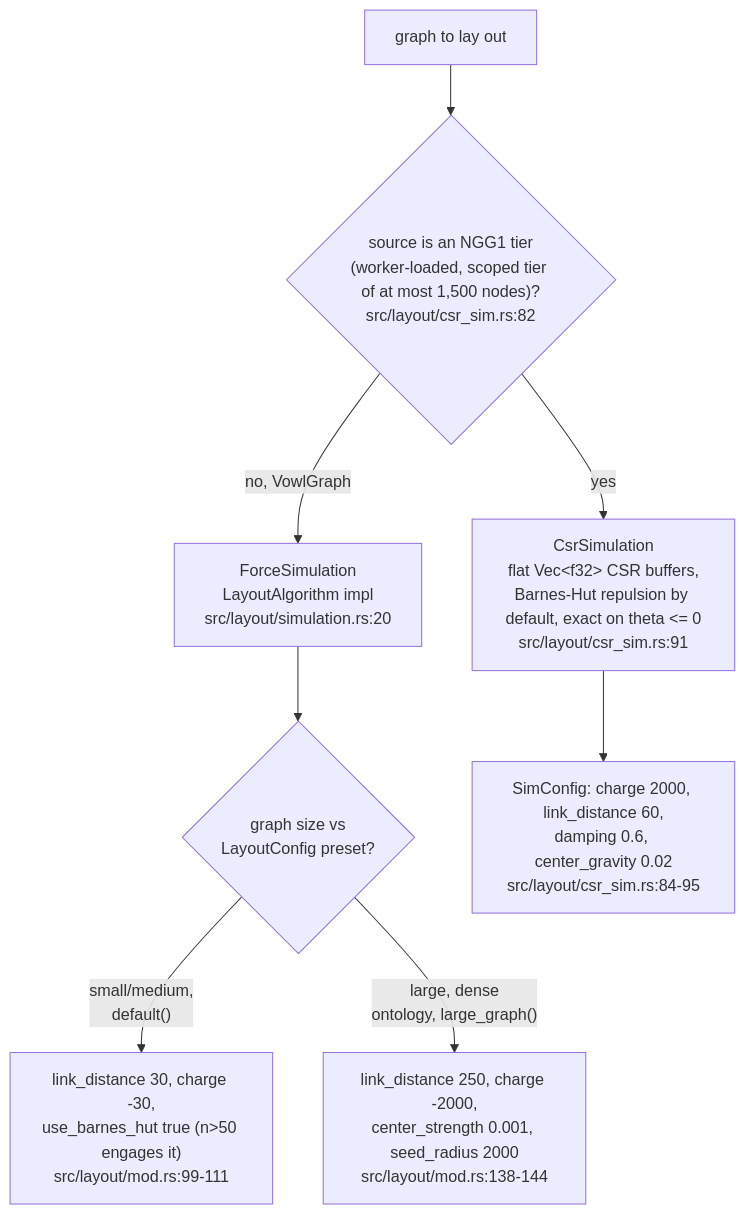
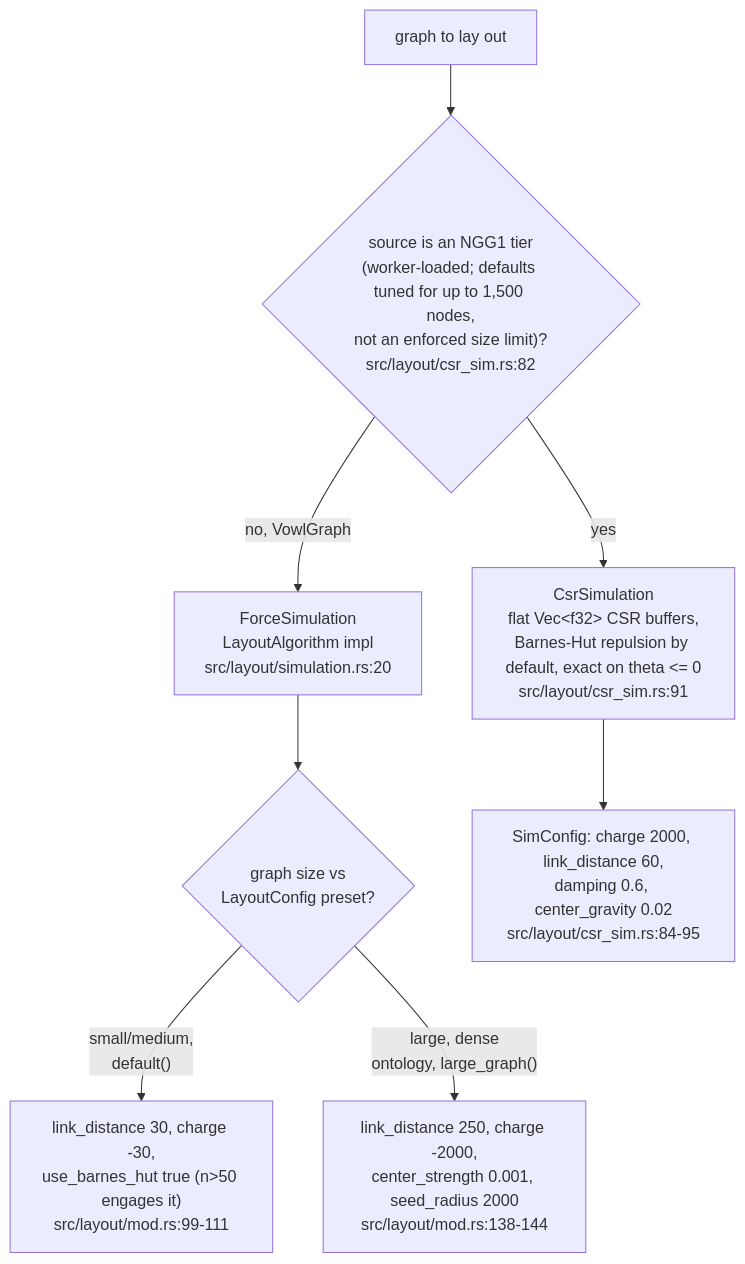
One commit to DreamLab-AI/VisionFlow changed the ninth of 9 diagrams in docs/diagrams/vowl-wasm/03-force-layout-lifecycle.md. Above: the diagram before and after it, drawn with Mermaid. The commit also changed other lines of this file and 27 other files, not shown here.

````diff
--- a/docs/diagrams/vowl-wasm/03-force-layout-lifecycle.md
+++ b/docs/diagrams/vowl-wasm/03-force-layout-lifecycle.md
@@ -182,10 +184,10 @@
 ```mermaid
 flowchart TB
-    N["graph to lay out"] --> SRC{"source is an NGG1 tier<br/>(worker-loaded, scoped tier of at most 1,500 nodes)?<br/>src/layout/csr_sim.rs:82"}
+    N["graph to lay out"] --> SRC{"source is an NGG1 tier<br/>(worker-loaded; defaults tuned for up to 1,500 nodes,<br/>not an enforced size limit)?<br/>src/layout/csr_sim.rs:82"}
     SRC -->|yes| CSR["CsrSimulation<br/>flat Vec&lt;f32&gt; CSR buffers,<br/>Barnes-Hut repulsion by default, exact on theta &lt;= 0<br/>src/layout/csr_sim.rs:91"]
     SRC -->|no, VowlGraph| FSIM["ForceSimulation<br/>LayoutAlgorithm impl<br/>src/layout/simulation.rs:20"]
     FSIM --> SIZE{"graph size vs<br/>LayoutConfig preset?"}
     SIZE -->|"small/medium,<br/>default()"| DFLT["link_distance 30, charge -30,<br/>use_barnes_hut true (n&gt;50 engages it)<br/>src/layout/mod.rs:99-111"]
     SIZE -->|"large, dense<br/>ontology, large_graph()"| BIG["link_distance 250, charge -2000,<br/>center_strength 0.001, seed_radius 2000<br/>src/layout/mod.rs:138-144"]
     CSR --> TUNE["SimConfig: charge 2000, link_distance 60,<br/>damping 0.6, center_gravity 0.02<br/>src/layout/csr_sim.rs:84-95"]
 ```
````
